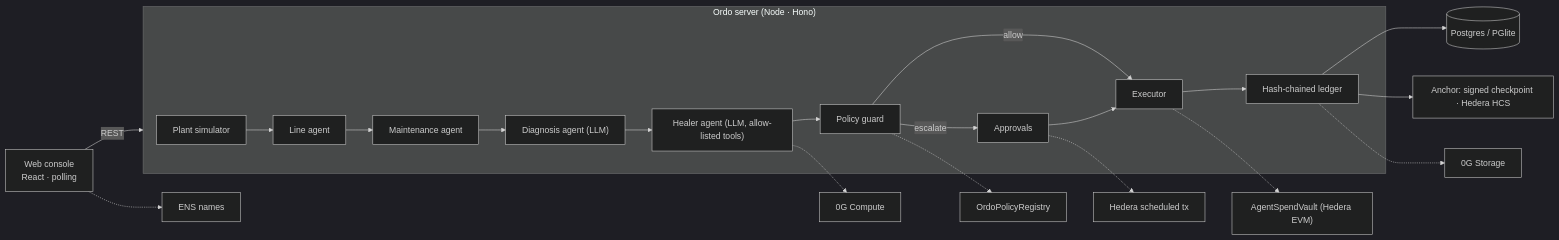
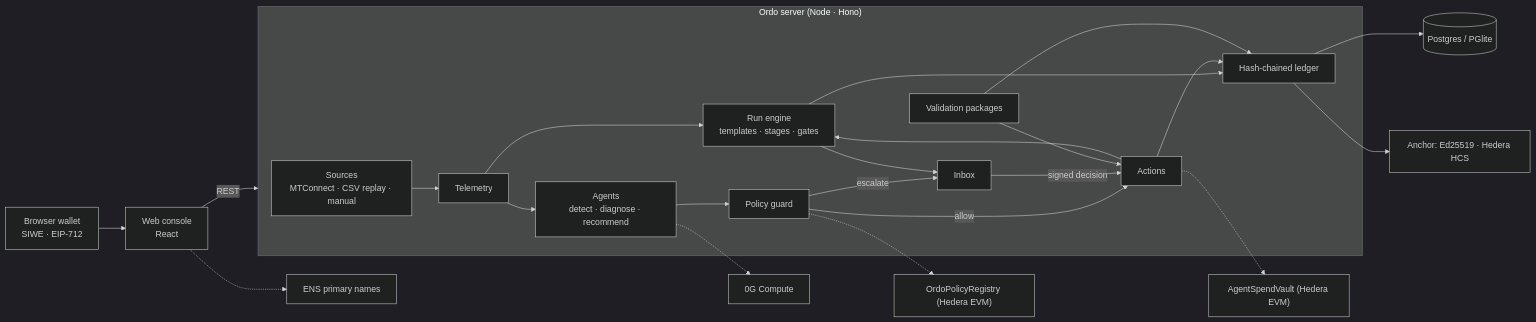
The diagram in README.md (AloysJehwin/ai_warriors), drawn with Mermaid (dark theme) before and after one commit. The commit also changed other lines of this file and 61 other files, not shown here.

First line of the commit message:
v2 console: wallet sign-in, real-data screens built to the design

````diff
--- a/README.md
+++ b/README.md
@@ -43,18 +41,22 @@
 ```mermaid
 flowchart LR
-    ui["Web console<br/>React · polling"] -- REST --> api
+    wallet["Browser wallet<br/>SIWE · EIP-712"] --> ui["Web console<br/>React"]
+    ui -- REST --> api
     subgraph api["Ordo server (Node · Hono)"]
-        sim["Plant simulator"] --> line["Line agent"] --> maint["Maintenance agent"] --> diag["Diagnosis agent (LLM)"] --> heal["Healer agent (LLM, allow-listed tools)"] --> guard["Policy guard"]
-        guard -- allow --> exec["Executor"]
-        guard -- escalate --> appr["Approvals"] --> exec
-        exec --> ledger["Hash-chained ledger"]
+        src["Sources<br/>MTConnect · CSV replay · manual"] --> tel["Telemetry"]
+        tel --> engine["Run engine<br/>templates · stages · gates"]
+        tel --> mon["Agents<br/>detect · diagnose · recommend"] --> guard["Policy guard"]
+        guard -- allow --> act["Actions"]
+        guard -- escalate --> inbox["Inbox"] -- signed decision --> act
+        engine --> inbox
+        act --> engine
+        val["Validation packages"] --> act
+        engine & act & val --> ledger["Hash-chained ledger"]
     end
     ledger --> db[("Postgres / PGlite")]
-    ledger --> anchor["Anchor: signed checkpoint · Hedera HCS"]
-    appr -.-> sched["Hedera scheduled tx"]
-    exec -.-> vault["AgentSpendVault (Hedera EVM)"]
-    guard -.-> reg["OrdoPolicyRegistry"]
-    heal -.-> og["0G Compute"]
-    ledger -.-> ogs["0G Storage"]
-    ui -.-> ens["ENS names"]
+    ledger --> anchor["Anchor: Ed25519 · Hedera HCS"]
+    guard -.-> reg["OrdoPolicyRegistry (Hedera EVM)"]
+    act -.-> vault["AgentSpendVault (Hedera EVM)"]
+    mon -.-> og["0G Compute"]
+    ui -.-> ens["ENS primary names"]
 ```
````
